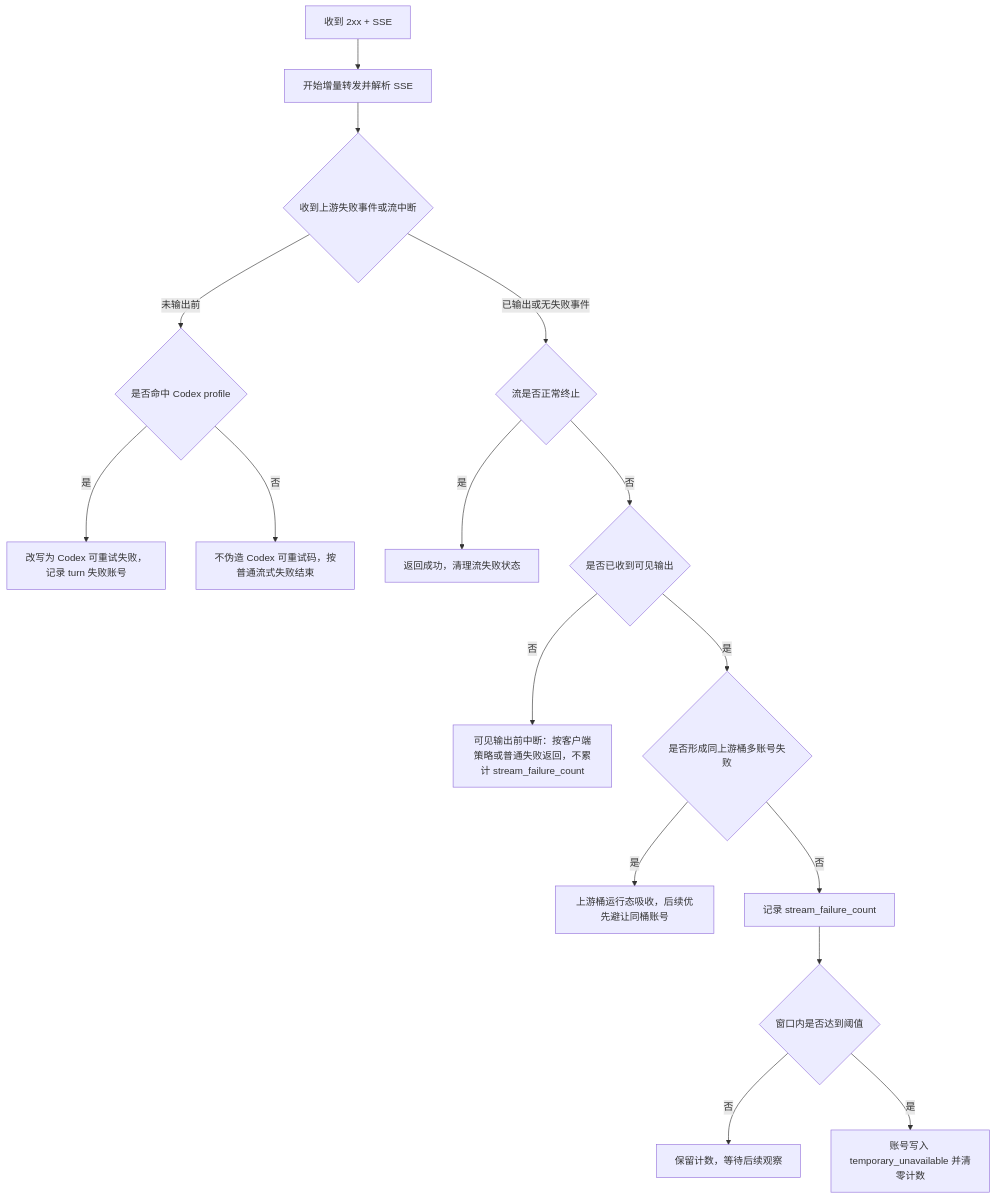
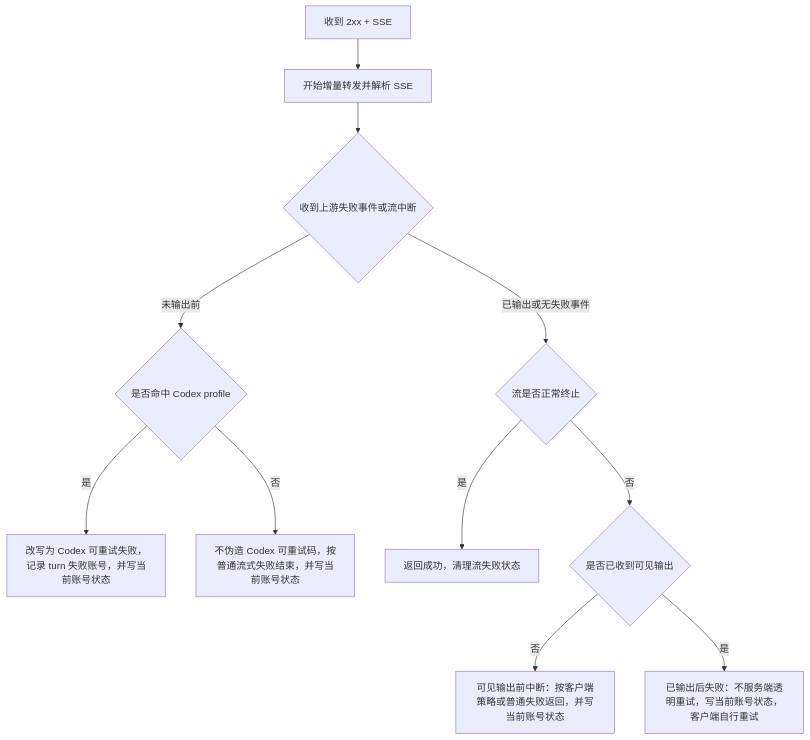
Before and after one commit to huanmin123/juhe-ai: the second of 3 diagrams in docs/functions/网关异常重试与兜底策略.md, drawn with Mermaid. The commit also changed other lines of this file and 48 other files, not shown here.

````diff
--- a/docs/functions/网关异常重试与兜底策略.md
+++ b/docs/functions/网关异常重试与兜底策略.md
@@ -124,18 +121,13 @@
 ```mermaid
 flowchart TD
   A["收到 2xx + SSE"] --> B["开始增量转发并解析 SSE"]
   B --> C{"收到上游失败事件或流中断"}
   C -- "未输出前" --> D{"是否命中 Codex profile"}
-  D -- "是" --> M["改写为 Codex 可重试失败，记录 turn 失败账号"]
-  D -- "否" --> N["不伪造 Codex 可重试码，按普通流式失败结束"]
+  D -- "是" --> M["改写为 Codex 可重试失败，记录 turn 失败账号，并写当前账号状态"]
+  D -- "否" --> N["不伪造 Codex 可重试码，按普通流式失败结束，并写当前账号状态"]
   C -- "已输出或无失败事件" --> E{"流是否正常终止"}
   E -- "是" --> F["返回成功，清理流失败状态"]
   E -- "否" --> G{"是否已收到可见输出"}
-  G -- "否" --> H["可见输出前中断：按客户端策略或普通失败返回，不累计 stream_failure_count"]
-  G -- "是" --> I{"是否形成同上游桶多账号失败"}
-  I -- "是" --> O["上游桶运行态吸收，后续优先避让同桶账号"]
-  I -- "否" --> J["记录 stream_failure_count"]
-  J --> K{"窗口内是否达到阈值"}
-  K -- "否" --> L["保留计数，等待后续观察"]
-  K -- "是" --> P["账号写入 temporary_unavailable 并清零计数"]
+  G -- "否" --> H["可见输出前中断：按客户端策略或普通失败返回，并写当前账号状态"]
+  G -- "是" --> I["已输出后失败：不服务端透明重试，写当前账号状态，客户端自行重试"]
 ```
````
